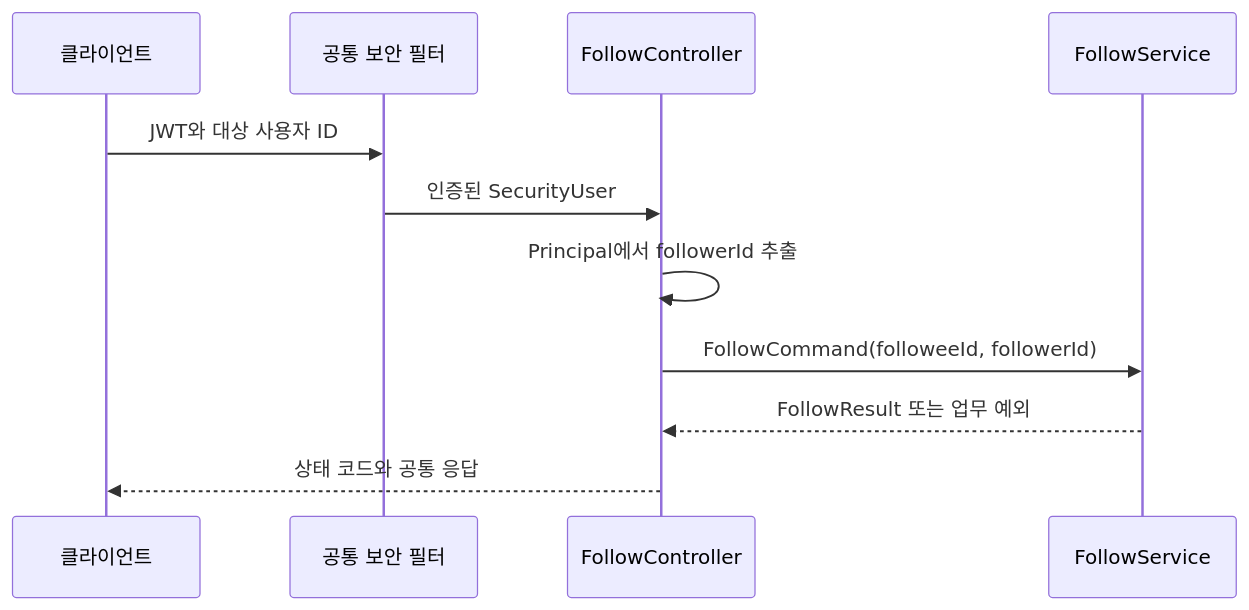
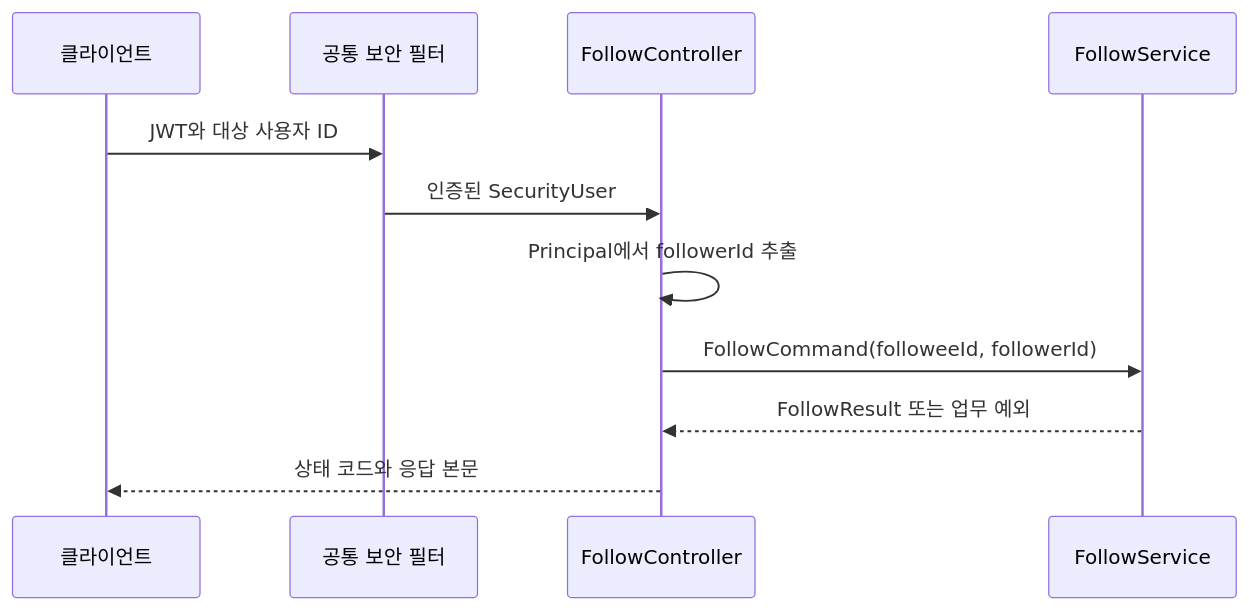
Before and after one commit to codeit-backend13-part4-team1/playlist_for_everyone: the diagram in docs/follow/01-api-security.md, drawn with Mermaid. The commit also changed other lines of this file and 10 other files, not shown here.

````diff
--- a/docs/follow/01-api-security.md
+++ b/docs/follow/01-api-security.md
@@ -42,13 +43,13 @@
 ```mermaid
 sequenceDiagram
     participant Client as 클라이언트
     participant Security as 공통 보안 필터
     participant Controller as FollowController
     participant Service as FollowService
     Client->>Security: JWT와 대상 사용자 ID
     Security->>Controller: 인증된 SecurityUser
     Controller->>Controller: Principal에서 followerId 추출
     Controller->>Service: FollowCommand(followeeId, followerId)
     Service-->>Controller: FollowResult 또는 업무 예외
-    Controller-->>Client: 상태 코드와 공통 응답
+    Controller-->>Client: 상태 코드와 응답 본문
 ```
````
